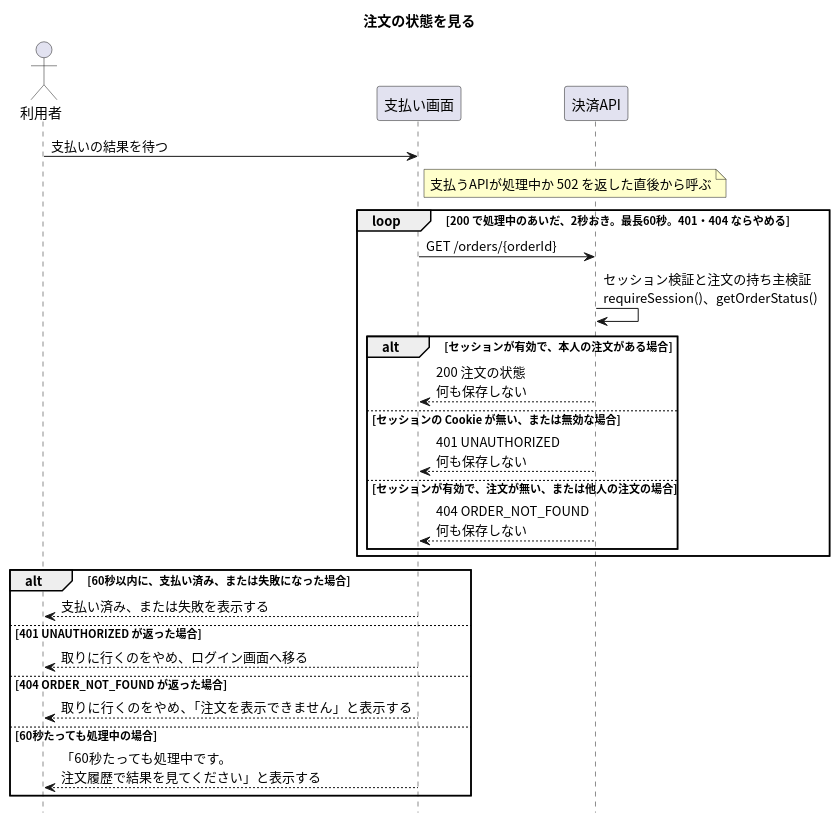
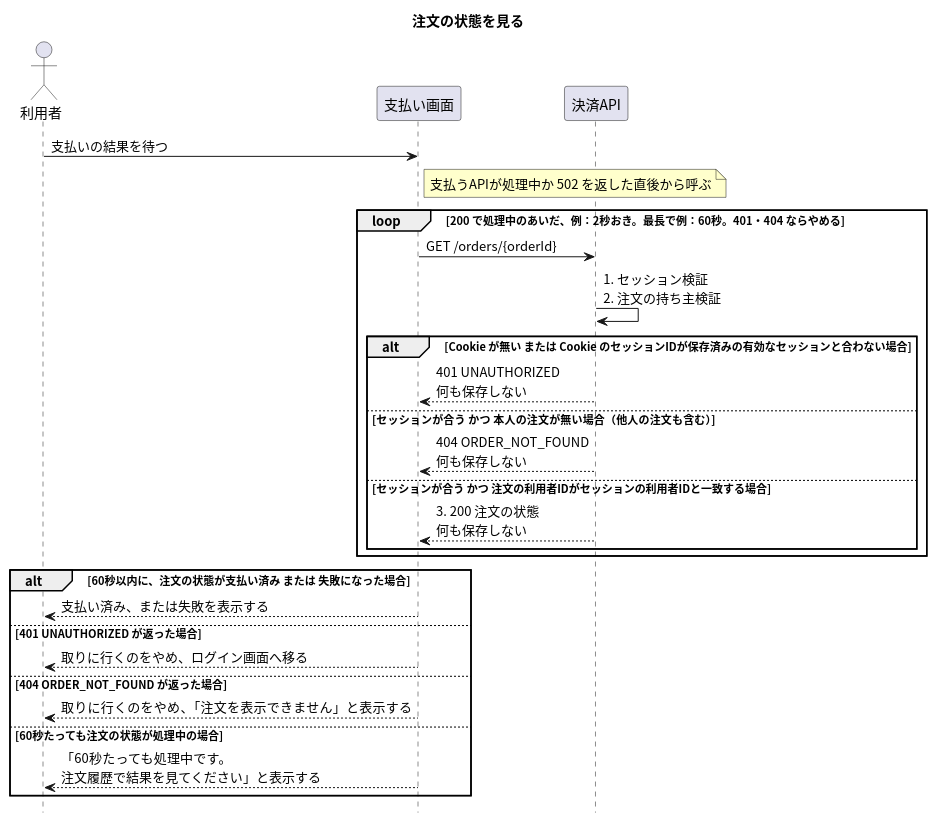
One commit to masamasamasato/design-doc-template changed the diagram in apis/get-order/入口.puml. Above: the diagram before and after it, drawn with PlantUML. The commit also changed 28 other files, not shown here.

```diff
--- a/apis/get-order/入口.puml
+++ b/apis/get-order/入口.puml
@@ -1,36 +1,36 @@
 @startuml
 skinparam shadowing false
 skinparam defaultFontName "Noto Sans CJK JP"
 skinparam SequenceFontName "Noto Sans CJK JP"
 skinparam NoteBackgroundColor #FFFFCC
 hide footbox
 
 title 注文の状態を見る
 
 actor "利用者" as User
 participant "支払い画面" as Screen
 participant "決済API" as API
 
 User -> Screen : 支払いの結果を待つ
 note right of Screen : 支払うAPIが処理中か 502 を返した直後から呼ぶ
-loop 200 で処理中のあいだ、2秒おき。最長60秒。401・404 ならやめる
+loop 200 で処理中のあいだ、例：2秒おき。最長で例：60秒。401・404 ならやめる
   Screen -> API : GET /orders/{orderId}
-  API -> API : セッション検証と注文の持ち主検証\nrequireSession()、getOrderStatus()
-  alt セッションが有効で、本人の注文がある場合
-    API --> Screen : 200 注文の状態\n何も保存しない
-  else セッションの Cookie が無い、または無効な場合
+  API -> API : 1. セッション検証\n2. 注文の持ち主検証
+  alt Cookie が無い または Cookie のセッションIDが保存済みの有効なセッションと合わない場合
     API --> Screen : 401 UNAUTHORIZED\n何も保存しない
-  else セッションが有効で、注文が無い、または他人の注文の場合
+  else セッションが合う かつ 本人の注文が無い場合（他人の注文も含む）
     API --> Screen : 404 ORDER_NOT_FOUND\n何も保存しない
+  else セッションが合う かつ 注文の利用者IDがセッションの利用者IDと一致する場合
+    API --> Screen : 3. 200 注文の状態\n何も保存しない
   end
 end
-alt 60秒以内に、支払い済み、または失敗になった場合
+alt 60秒以内に、注文の状態が支払い済み または 失敗になった場合
   Screen --> User : 支払い済み、または失敗を表示する
 else 401 UNAUTHORIZED が返った場合
   Screen --> User : 取りに行くのをやめ、ログイン画面へ移る
 else 404 ORDER_NOT_FOUND が返った場合
   Screen --> User : 取りに行くのをやめ、「注文を表示できません」と表示する
-else 60秒たっても処理中の場合
+else 60秒たっても注文の状態が処理中の場合
   Screen --> User : 「60秒たっても処理中です。\n注文履歴で結果を見てください」と表示する
 end
 @enduml
```
